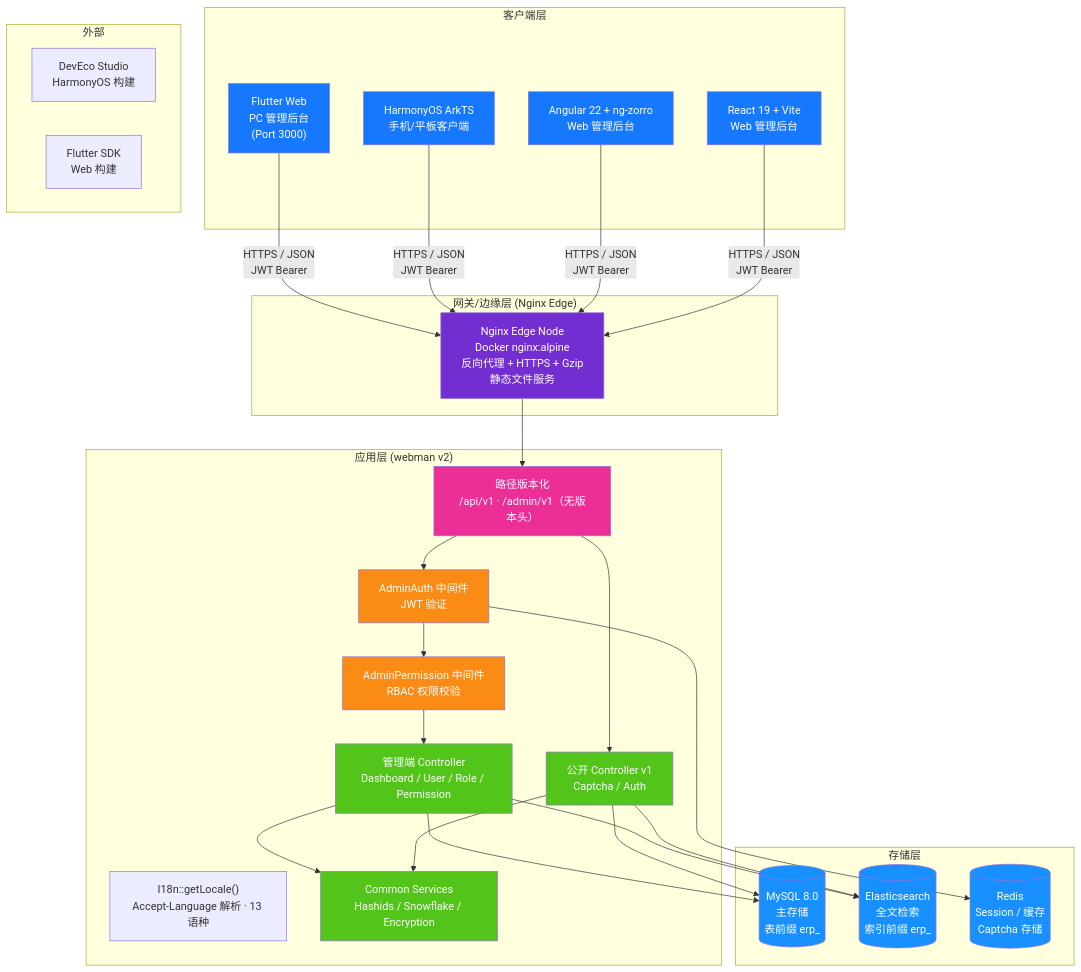
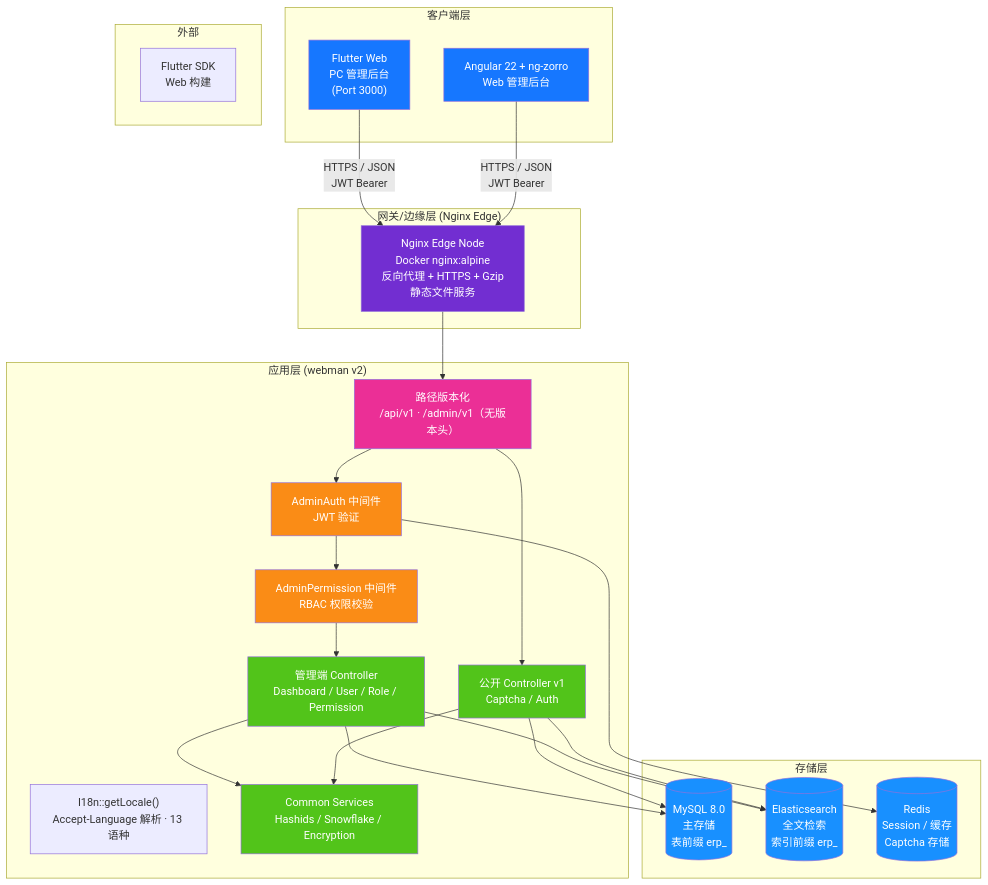
The first of 19 diagrams in docs/ARCHITECTURE.md (erikwang2013/erp-php), drawn with Mermaid before and after one commit. The commit also changed other lines of this file and 652 other files, not shown here.

Commit message:
文档：仅保留中英文 README，清理已移除功能与过时图片

````diff
--- a/docs/ARCHITECTURE.md
+++ b/docs/ARCHITECTURE.md
@@ -11,66 +11,59 @@
 ```mermaid
 flowchart TB
     subgraph "客户端层"
         A1["Flutter Web<br/>PC 管理后台<br/>(Port 3000)"]
-        A2["HarmonyOS ArkTS<br/>手机/平板客户端"]
         A3["Angular 22 + ng-zorro<br/>Web 管理后台"]
-        A4["React 19 + Vite<br/>Web 管理后台"]
     end
 
     subgraph "网关/边缘层 (Nginx Edge)"
         B1["Nginx Edge Node<br/>Docker nginx:alpine<br/>反向代理 + HTTPS + Gzip<br/>静态文件服务"]
     end
 
     subgraph "应用层 (webman v2)"
         C_LOC["I18n::getLocale()<br/>Accept-Language 解析 · 13 语种"]
         C0["路径版本化<br/>/api/v1 · /admin/v1（无版本头）"]
         C1["AdminAuth 中间件<br/>JWT 验证"]
         C2["AdminPermission 中间件<br/>RBAC 权限校验"]
         C3["管理端 Controller<br/>Dashboard / User / Role / Permission"]
         C4["公开 Controller v1<br/>Captcha / Auth"]
         C5["Common Services<br/>Hashids / Snowflake / Encryption"]
     end
 
     subgraph "存储层"
         D1[("MySQL 8.0<br/>主存储<br/>表前缀 erp_")]
         D2[("Elasticsearch<br/>全文检索<br/>索引前缀 erp_")]
         D3[("Redis<br/>Session / 缓存<br/>Captcha 存储")]
     end
 
     subgraph "外部"
-        E1["DevEco Studio<br/>HarmonyOS 构建"]
         E2["Flutter SDK<br/>Web 构建"]
     end
 
     A1 -->|"HTTPS / JSON<br/>JWT Bearer"| B1
-    A2 -->|"HTTPS / JSON<br/>JWT Bearer"| B1
     A3 -->|"HTTPS / JSON<br/>JWT Bearer"| B1
-    A4 -->|"HTTPS / JSON<br/>JWT Bearer"| B1
     B1 --> C0
     C0 --> C1
     C1 --> C2
     C2 --> C3
     C0 --> C4
     C3 --> C5
     C4 --> C5
     C3 --> D1
     C4 --> D1
     C3 --> D2
     C4 --> D2
     C1 --> D3
 
     style A1 fill:#1677FF,color:#fff
-    style A2 fill:#1677FF,color:#fff
     style A3 fill:#1677FF,color:#fff
-    style A4 fill:#1677FF,color:#fff
     style B1 fill:#722ED1,color:#fff
     style C0 fill:#EB2F96,color:#fff
     style C1 fill:#FA8C16,color:#fff
     style C2 fill:#FA8C16,color:#fff
     style C3 fill:#52C41A,color:#fff
     style C4 fill:#52C41A,color:#fff
     style C5 fill:#52C41A,color:#fff
     style D1 fill:#1890FF,color:#fff
     style D2 fill:#1890FF,color:#fff
     style D3 fill:#1890FF,color:#fff
 ```
````
